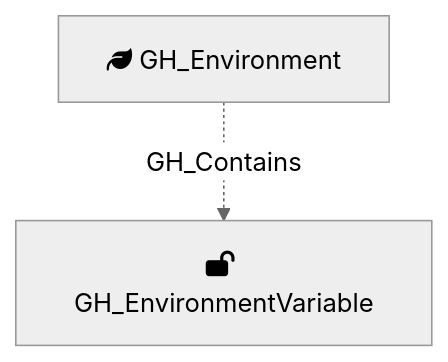
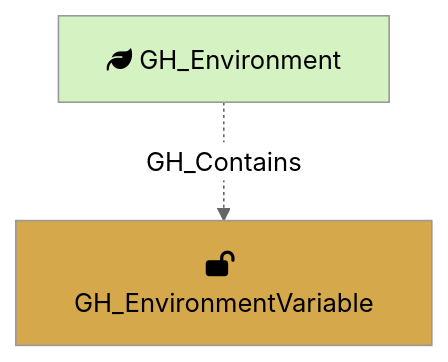
The diagram in docs/opengraph/extensions/githound/reference/nodes/gh_environmentvariable.mdx (SpecterOps/bloodhound-docs), drawn with Mermaid (neutral theme) before and after one commit. The commit also changed other lines of this file and 52 other files, not shown here.

````diff
--- a/docs/opengraph/extensions/githound/reference/nodes/gh_environmentvariable.mdx
+++ b/docs/opengraph/extensions/githound/reference/nodes/gh_environmentvariable.mdx
@@ -46,8 +58,10 @@
 ```mermaid
 flowchart TD
     GH_Environment[fa:fa-leaf GH_Environment]
     GH_EnvironmentVariable[fa:fa-lock-open GH_EnvironmentVariable]
 
+    style GH_Environment fill:#D5F2C2
+    style GH_EnvironmentVariable fill:#D4A84B
 
     GH_Environment -.->|GH_Contains| GH_EnvironmentVariable
 ```
````
